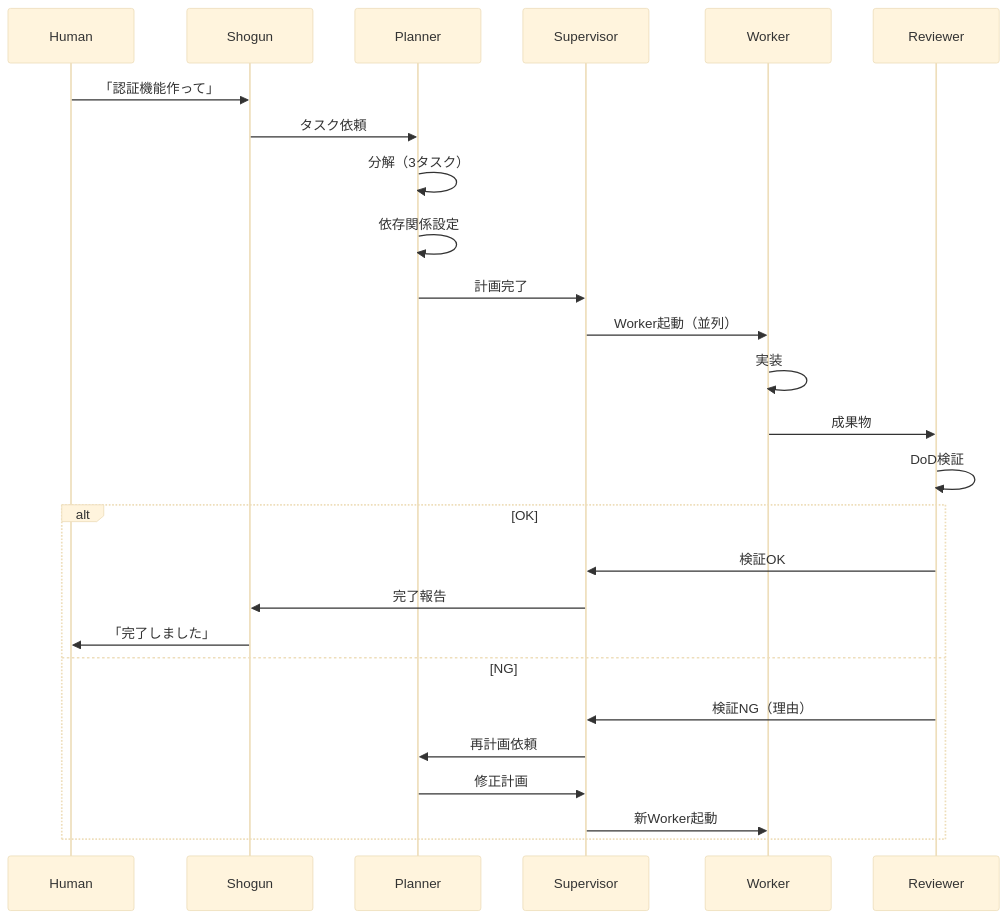
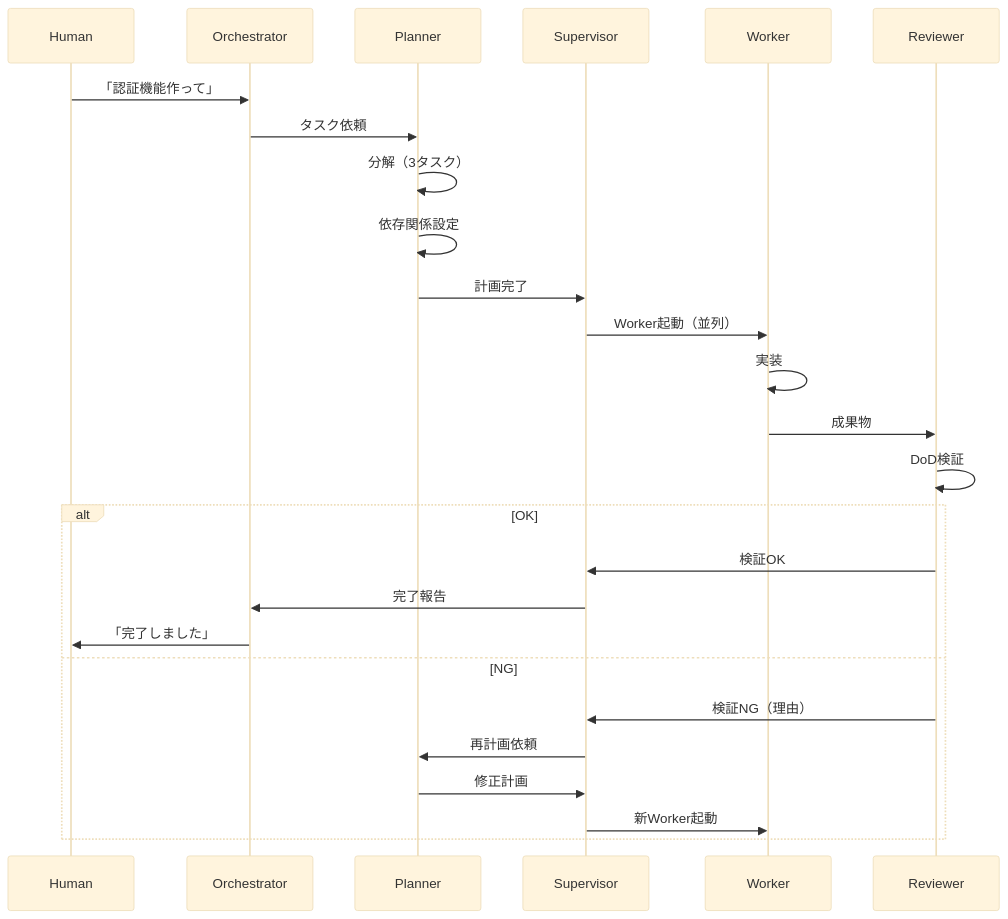
Before and after one commit to krtw00/agentmine: the second of 2 diagrams in docs/10-decisions/007-five-layer-architecture.md, drawn with Mermaid (base theme). The commit also changed other lines of this file and 7 other files, not shown here.

````diff
--- a/docs/10-decisions/007-five-layer-architecture.md
+++ b/docs/10-decisions/007-five-layer-architecture.md
@@ -79,33 +79,33 @@
 ```mermaid
 sequenceDiagram
     participant H as Human
-    participant S as Shogun
+    participant O as Orchestrator
     participant P as Planner
     participant V as Supervisor
     participant W as Worker
     participant R as Reviewer
 
-    H->>S: 「認証機能作って」
-    S->>P: タスク依頼
+    H->>O: 「認証機能作って」
+    O->>P: タスク依頼
 
     P->>P: 分解（3タスク）
     P->>P: 依存関係設定
     P->>V: 計画完了
 
     V->>W: Worker起動（並列）
     W->>W: 実装
     W->>R: 成果物
 
     R->>R: DoD検証
 
     alt OK
         R->>V: 検証OK
-        V->>S: 完了報告
-        S->>H: 「完了しました」
+        V->>O: 完了報告
+        O->>H: 「完了しました」
     else NG
         R->>V: 検証NG（理由）
         V->>P: 再計画依頼
         P->>V: 修正計画
         V->>W: 新Worker起動
     end
 ```
````
